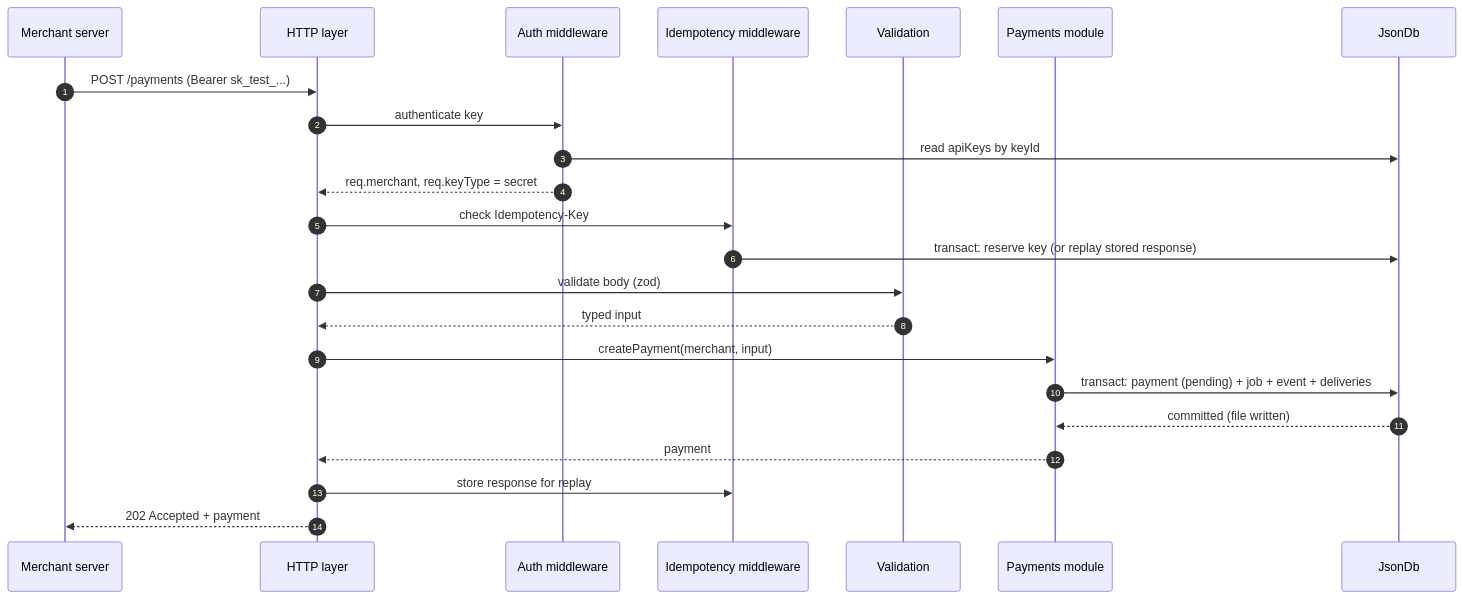
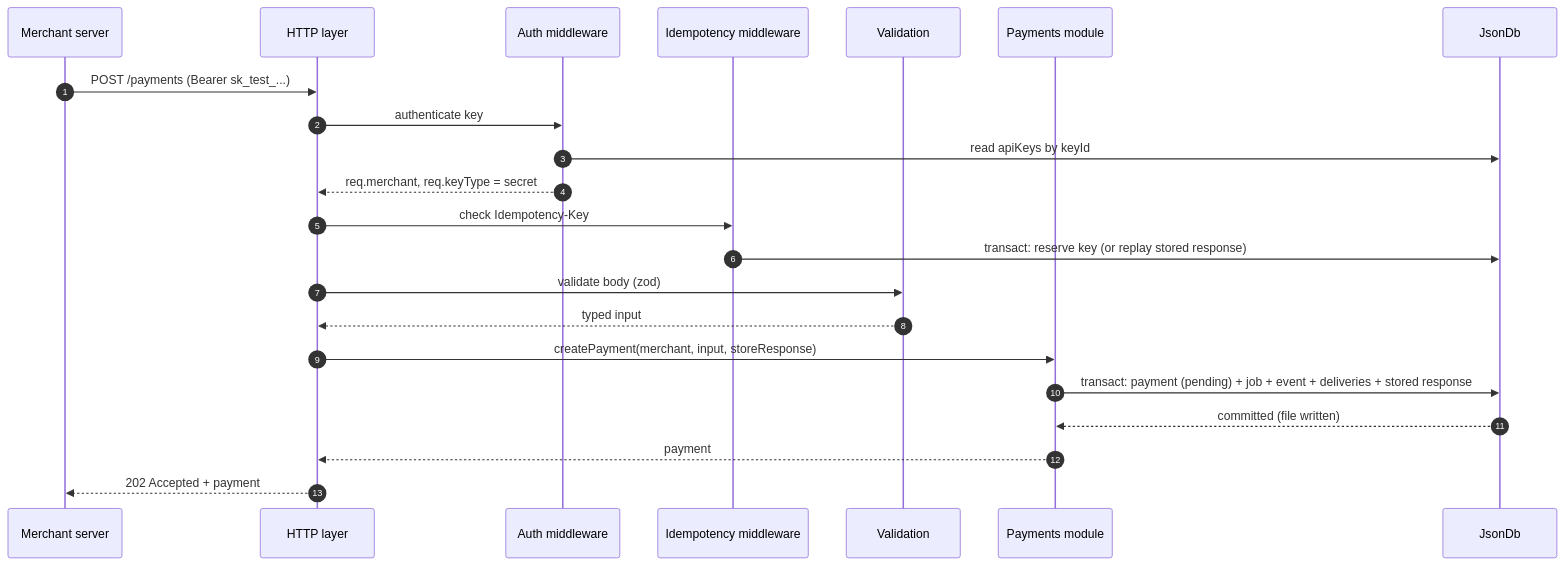
Before and after one commit to omivrex/payment-microservice-simulation: the third of 3 diagrams in docs/01-architecture.md, drawn with Mermaid. The commit also changed 21 other files, not shown here.

````diff
--- a/docs/01-architecture.md
+++ b/docs/01-architecture.md
@@ -106,26 +106,25 @@
 ```mermaid
 sequenceDiagram
     autonumber
     participant C as Merchant server
     participant H as HTTP layer
     participant A as Auth middleware
     participant I as Idempotency middleware
     participant V as Validation
     participant P as Payments module
     participant DB as JsonDb
 
     C->>H: POST /payments (Bearer sk_test_...)
     H->>A: authenticate key
     A->>DB: read apiKeys by keyId
     A-->>H: req.merchant, req.keyType = secret
     H->>I: check Idempotency-Key
     I->>DB: transact: reserve key (or replay stored response)
     H->>V: validate body (zod)
     V-->>H: typed input
-    H->>P: createPayment(merchant, input)
-    P->>DB: transact: payment (pending) + job + event + deliveries
+    H->>P: createPayment(merchant, input, storeResponse)
+    P->>DB: transact: payment (pending) + job + event + deliveries + stored response
     DB-->>P: committed (file written)
     P-->>H: payment
-    H->>I: store response for replay
     H-->>C: 202 Accepted + payment
 ```
````
